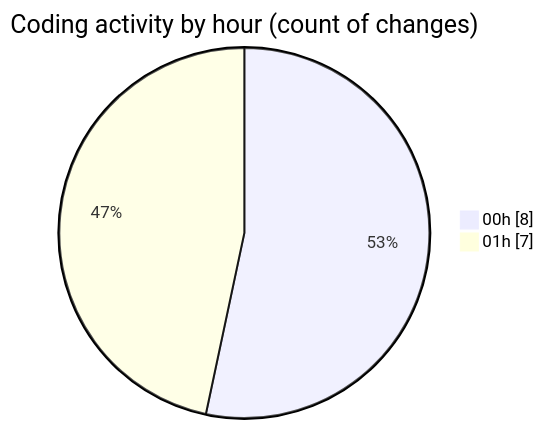
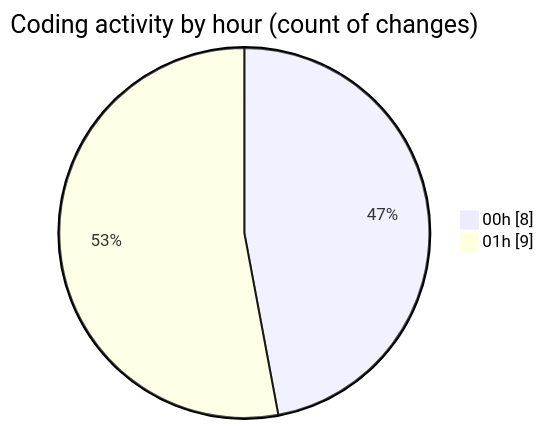
Before and after one commit to Elitesun/code-tracking: the second of 2 diagrams in 2025-05-02/niten/README.md, drawn with Mermaid. The commit also changed other lines of this file and 1 other file, not shown here.

````diff
--- a/2025-05-02/niten/README.md
+++ b/2025-05-02/niten/README.md
@@ -36,6 +38,6 @@
 ```mermaid
 pie showData
 title Coding activity by hour (count of changes)
 "00h" : 8
-"01h" : 7
+"01h" : 9
 ```
````
